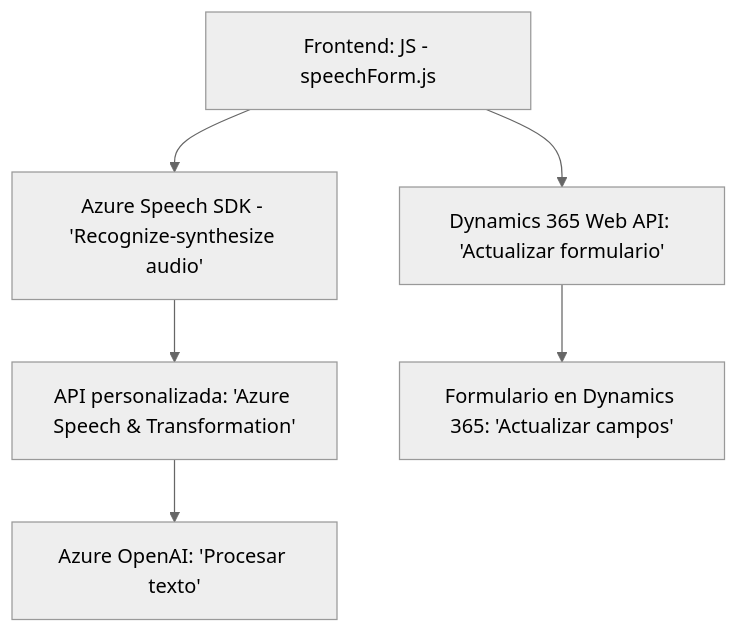
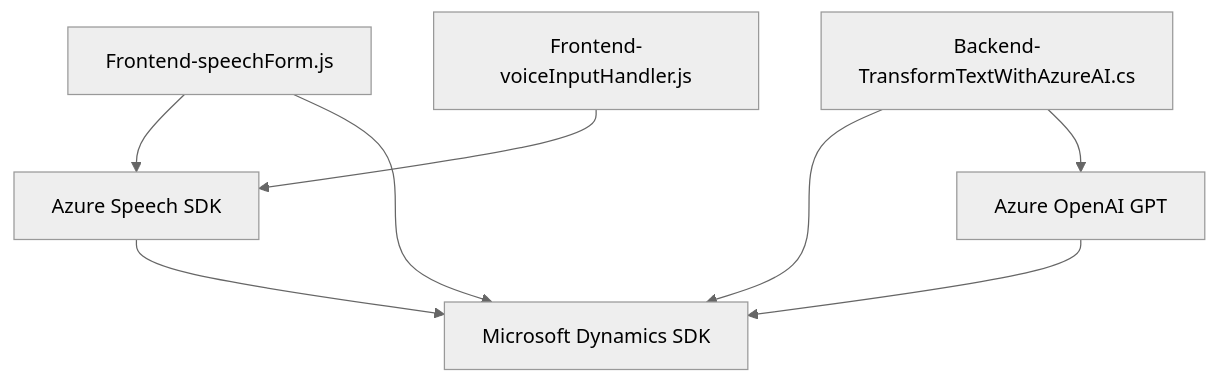
Before and after one commit to blopezdm/NETCORE_BILBAO2025: the diagram in README.md, drawn with Mermaid (neutral theme). The commit also changed other lines of this file, not shown here.

Commit message:
Actualizar análisis global de la solución con IA

````diff
--- a/README.md
+++ b/README.md
@@ -35,8 +33,17 @@
 ```mermaid
 graph TD
-  A["Frontend: JS - speechForm.js"] --> B["Azure Speech SDK - 'Recognize-synthesize audio'"]
-  A --> C["Dynamics 365 Web API: 'Actualizar formulario'"]
-  B --> D["API personalizada: 'Azure Speech & Transformation'"]
-  D --> E["Azure OpenAI: 'Procesar texto'"]
-  C --> F["Formulario en Dynamics 365: 'Actualizar campos'"]
+    A["Frontend-voiceInputHandler.js"]
+    B["Frontend-speechForm.js"]
+    C["Backend-TransformTextWithAzureAI.cs"]
+    D["Azure Speech SDK"]
+    E["Azure OpenAI GPT"]
+    F["Microsoft Dynamics SDK"]
+
+    A --> D
+    B --> D
+    B --> F
+    C --> F
+    C --> E
+    D --> F
+    E --> F
 ```
````
